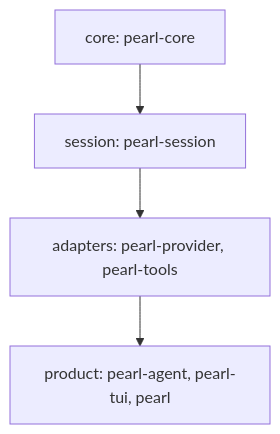
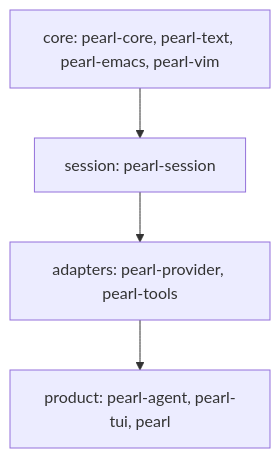
One commit to OverbearingPearl/pearl changed the diagram in docs/architecture.md. Above: the diagram before and after it, drawn with Mermaid. The commit also changed other lines of this file and 22 other files, not shown here.

First line of the commit message:
Let the draft be a buffer, edited by emacs or vim, drawn in weight

````diff
--- a/docs/architecture.md
+++ b/docs/architecture.md
@@ -25,6 +28,6 @@
 ```mermaid
 flowchart TD
-    core[core: pearl-core] --> session[session: pearl-session]
+    core[core: pearl-core, pearl-text, pearl-emacs, pearl-vim] --> session[session: pearl-session]
     session --> adapters[adapters: pearl-provider, pearl-tools]
     adapters --> product[product: pearl-agent, pearl-tui, pearl]
 ```
````
